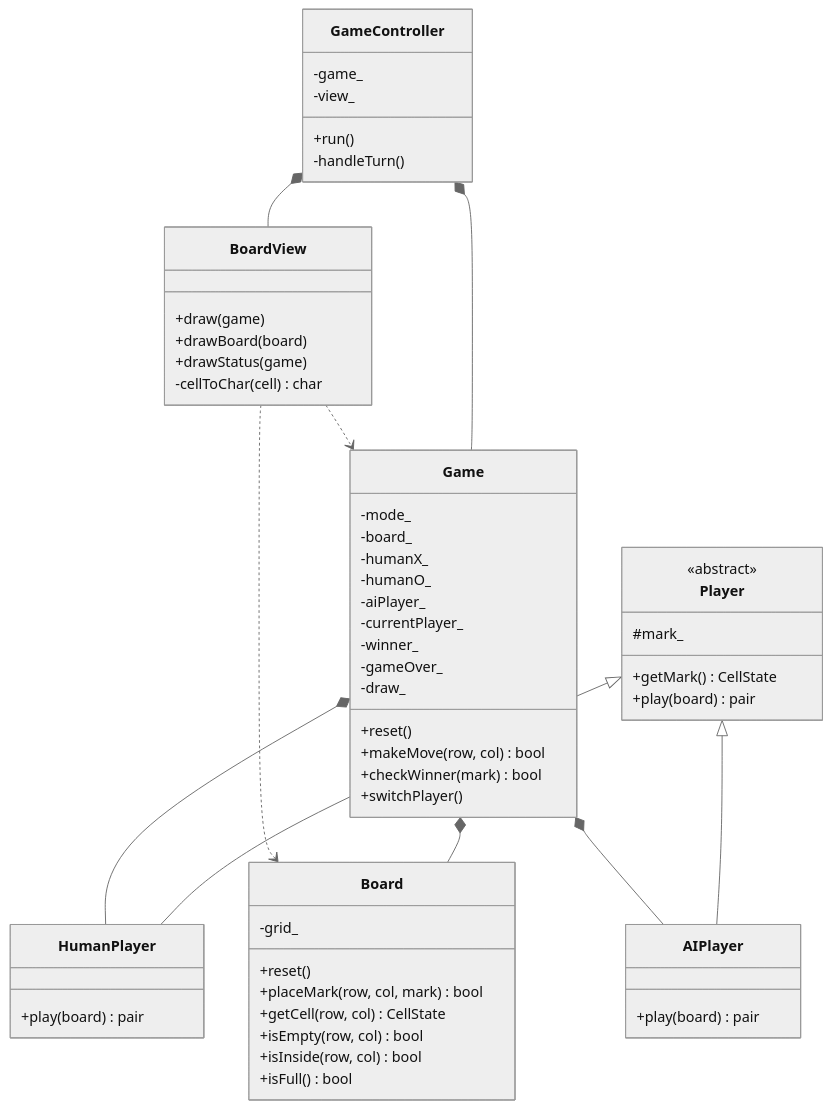
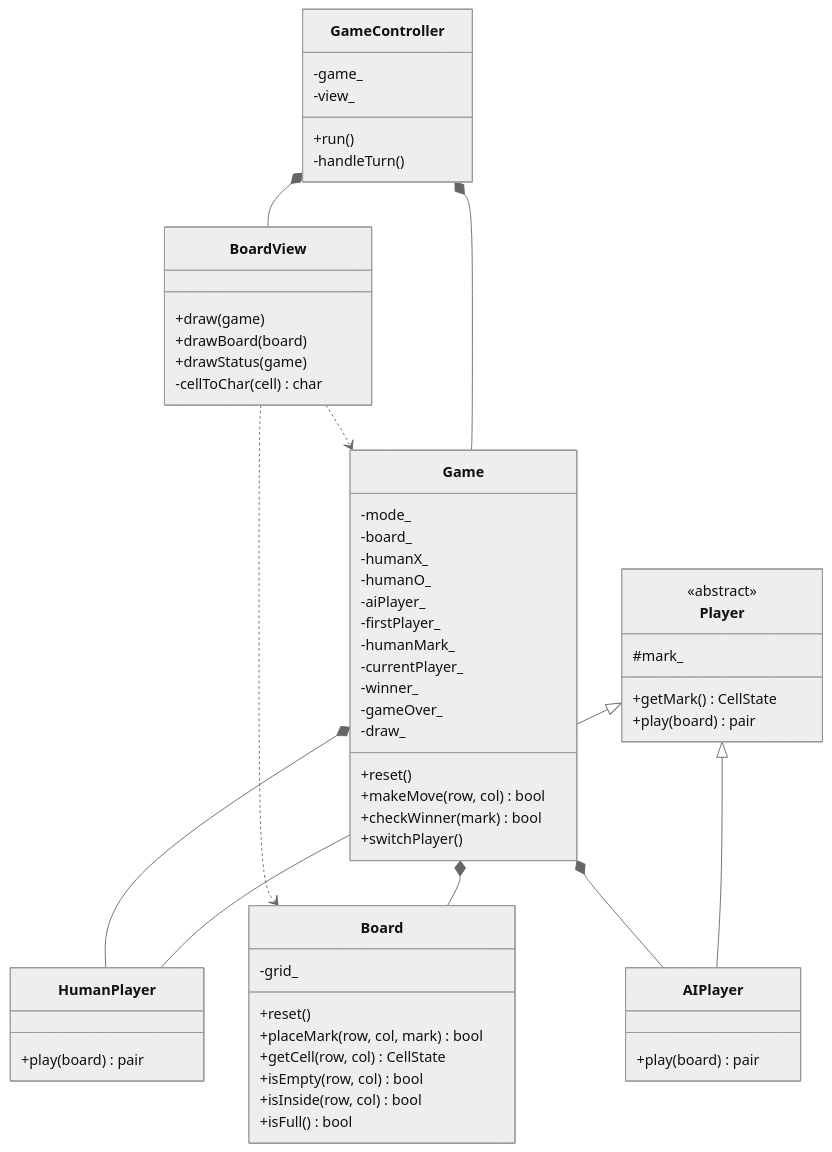
Before and after one commit to user-name123322/ProjectMorpion: the second of 3 diagrams in 软件工程大作业报告.md, drawn with Mermaid (neutral theme). The commit also changed other lines of this file, not shown here.

````diff
--- a/软件工程大作业报告.md
+++ b/软件工程大作业报告.md
@@ -60,67 +70,69 @@
 ```mermaid
 classDiagram
     class Board {
         -grid_
         +reset()
         +placeMark(row, col, mark) bool
         +getCell(row, col) CellState
         +isEmpty(row, col) bool
         +isInside(row, col) bool
         +isFull() bool
     }
 
     class Game {
         -mode_
         -board_
         -humanX_
         -humanO_
         -aiPlayer_
+        -firstPlayer_
+        -humanMark_
         -currentPlayer_
         -winner_
         -gameOver_
         -draw_
         +reset()
         +makeMove(row, col) bool
         +checkWinner(mark) bool
         +switchPlayer()
     }
 
     class Player {
         <<abstract>>
         #mark_
         +getMark() CellState
         +play(board) pair
     }
 
     class HumanPlayer {
         +play(board) pair
     }
 
     class AIPlayer {
         +play(board) pair
     }
 
     class BoardView {
         +draw(game)
         +drawBoard(board)
         +drawStatus(game)
         -cellToChar(cell) char
     }
 
     class GameController {
         -game_
         -view_
         +run()
         -handleTurn()
     }
 
     Player <|-- HumanPlayer
     Player <|-- AIPlayer
     Game *-- Board
     Game *-- HumanPlayer
     Game *-- AIPlayer
     GameController *-- Game
     GameController *-- BoardView
     BoardView ..> Game
     BoardView ..> Board
 ```
````
